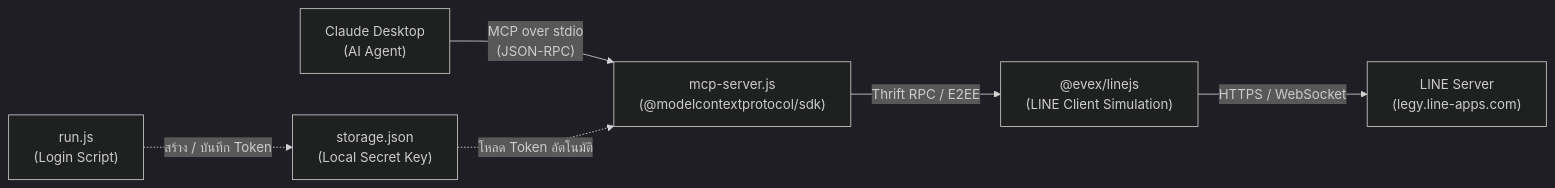
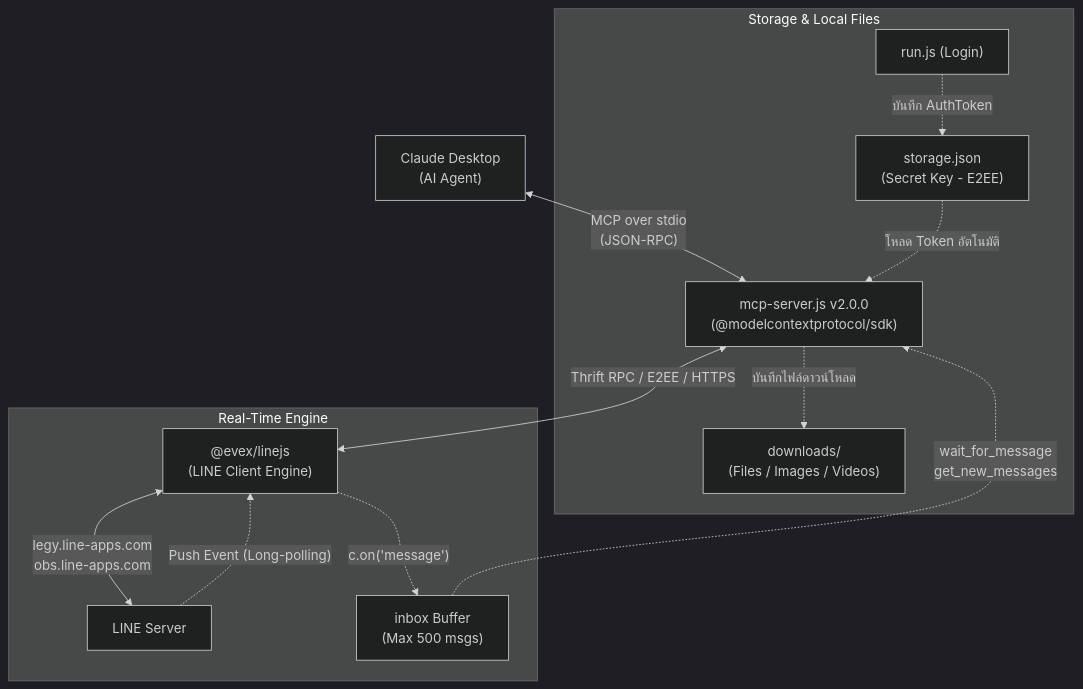
One commit to um1981/line-selfbot-mcp changed the diagram in README.md. Above: the diagram before and after it, drawn with Mermaid (dark theme). The commit also changed other lines of this file and 6 other files, not shown here.

Commit message:
feat(v2.0.0): upgrade to 14 tools with real-time push, file downloads, and profile management

````diff
--- a/README.md
+++ b/README.md
@@ -14,8 +16,18 @@
 ```mermaid
-flowchart LR
-    A["Claude Desktop<br/>(AI Agent)"] -->|"MCP over stdio<br/>(JSON-RPC)"| B["mcp-server.js<br/>(@modelcontextprotocol/sdk)"]
-    B -->|"Thrift RPC / E2EE"| C["@evex/linejs<br/>(LINE Client Simulation)"]
-    C -->|"HTTPS / WebSocket"| D["LINE Server<br/>(legy.line-apps.com)"]
-    E["run.js<br/>(Login Script)"] -.->|"สร้าง / บันทึก Token"| F["storage.json<br/>(Local Secret Key)"]
-    F -.->|"โหลด Token อัตโนมัติ"| B
+flowchart TD
+    Claude["Claude Desktop<br/>(AI Agent)"] <-->|"MCP over stdio<br/>(JSON-RPC)"| MCP["mcp-server.js v2.0.0<br/>(@modelcontextprotocol/sdk)"]
+    MCP <-->|"Thrift RPC / E2EE / HTTPS"| LineJS["@evex/linejs<br/>(LINE Client Engine)"]
+    LineJS <-->|"legy.line-apps.com<br/>obs.line-apps.com"| LineServer["LINE Server"]
+    
+    subgraph Storage & Local Files
+        LoginScript["run.js (Login)"] -.->|"บันทึก AuthToken"| Storage["storage.json<br/>(Secret Key - E2EE)"]
+        Storage -.->|"โหลด Token อัตโนมัติ"| MCP
+        MCP -.->|"บันทึกไฟล์ดาวน์โหลด"| Downloads["downloads/<br/>(Files / Images / Videos)"]
+    end
+
+    subgraph Real-Time Engine
+        LineServer -.->|"Push Event (Long-polling)"| LineJS
+        LineJS -.->|"c.on('message')"| InboxBuffer["inbox Buffer<br/>(Max 500 msgs)"]
+        InboxBuffer -.->|"wait_for_message<br/>get_new_messages"| MCP
+    end
 ```
````
